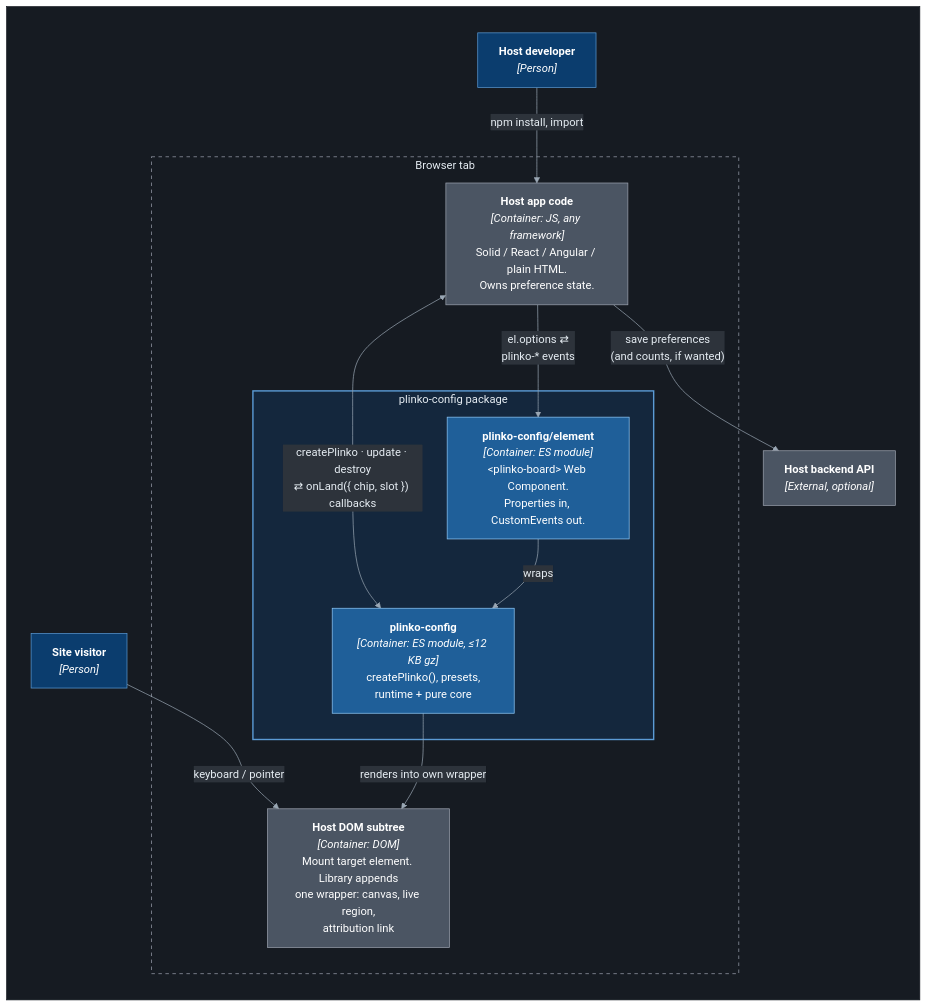
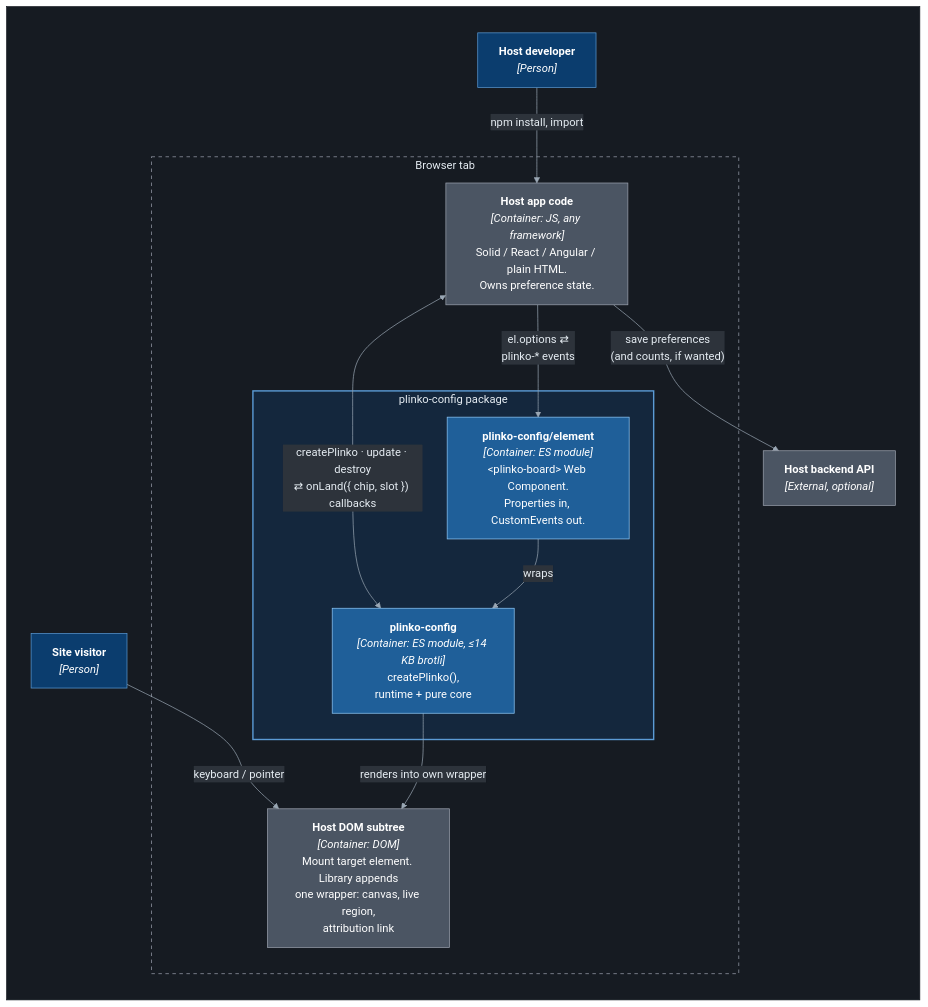
The second of 10 diagrams in docs/ARCHITECTURE.md (alanbickel/plinko-config), drawn with Mermaid before and after one commit. The commit also changed other lines of this file and 12 other files, not shown here.

````diff
--- a/docs/ARCHITECTURE.md
+++ b/docs/ARCHITECTURE.md
@@ -67,38 +67,38 @@
 ```mermaid
 %%{init: {"theme":"base","themeVariables":{"lineColor":"#9aa7b4","textColor":"#e6edf3","primaryTextColor":"#e6edf3","edgeLabelBackground":"#2d333b","clusterBkg":"#161b22","clusterBorder":"#30363d","titleColor":"#e6edf3"}}}%%
 flowchart TB
     subgraph canvas[" "]
         direction TB
 
         dev["<b>Host developer</b><br/><i>[Person]</i>"]:::person
         visitor["<b>Site visitor</b><br/><i>[Person]</i>"]:::person
 
         subgraph browser["Browser tab"]
             hostApp["<b>Host app code</b><br/><i>[Container: JS, any framework]</i><br/>Solid / React / Angular / plain HTML.<br/>Owns preference state."]:::external
 
             subgraph pkg["plinko-config package"]
                 element["<b>plinko-config/element</b><br/><i>[Container: ES module]</i><br/>&lt;plinko-board&gt; Web Component.<br/>Properties in, CustomEvents out."]:::container
-                core["<b>plinko-config</b><br/><i>[Container: ES module, ≤12 KB gz]</i><br/>createPlinko(), presets,<br/>runtime + pure core"]:::container
+                core["<b>plinko-config</b><br/><i>[Container: ES module, ≤14 KB brotli]</i><br/>createPlinko(),<br/>runtime + pure core"]:::container
             end
 
             dom["<b>Host DOM subtree</b><br/><i>[Container: DOM]</i><br/>Mount target element. Library appends<br/>one wrapper: canvas, live region,<br/>attribution link"]:::external
         end
 
         backend["<b>Host backend API</b><br/><i>[External, optional]</i>"]:::external
 
         dev -- "npm install, import" --> hostApp
         hostApp -- "el.options ⇄<br/>plinko-* events" --> element
         hostApp <-- "createPlinko · update · destroy<br/>⇄ onLand({ chip, slot }) callbacks" --> core
         element -- "wraps" --> core
         visitor -- "keyboard / pointer" --> dom
         core -- "renders into own wrapper" --> dom
         hostApp -- "save preferences<br/>(and counts, if wanted)" --> backend
     end
 
     classDef person fill:#0b3d6e,stroke:#5b9bd5,color:#ffffff
     classDef container fill:#1f5f99,stroke:#90caf9,color:#ffffff
     classDef external fill:#4b5563,stroke:#9ca3af,color:#ffffff
     style canvas fill:#161b22,stroke:#161b22
     style browser fill:#161b22,stroke:#9ca3af,stroke-dasharray:5 5,color:#e6edf3
     style pkg fill:#14273d,stroke:#5b9bd5,stroke-width:2px,color:#e6edf3
 ```
````
